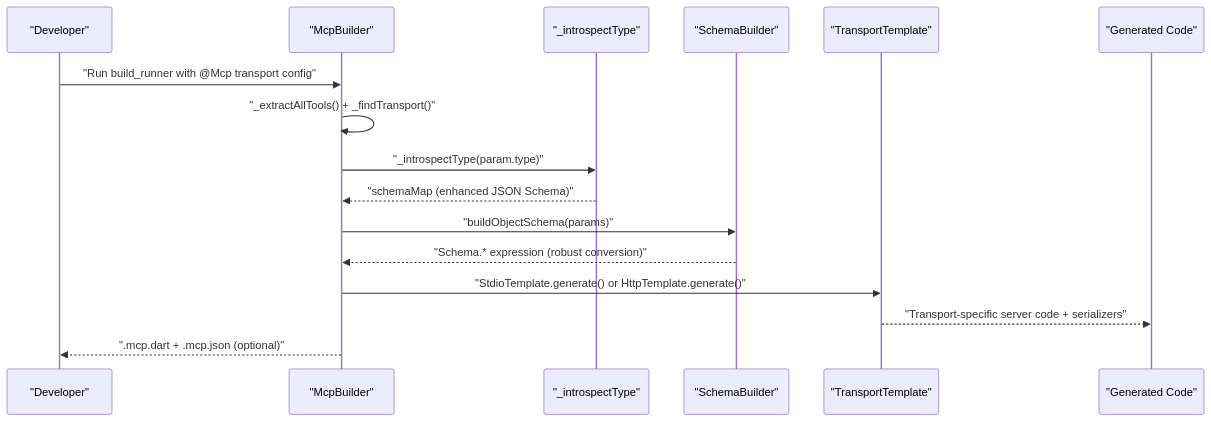
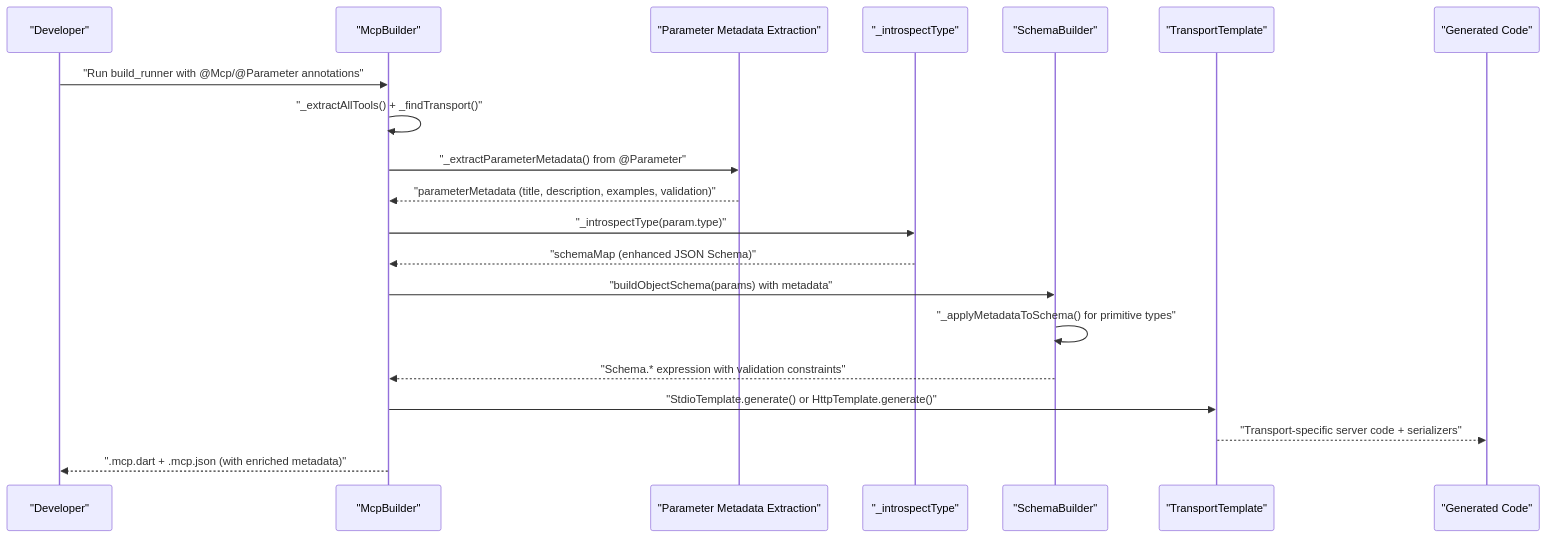
Before and after one commit to cdavis-code/easy_mcp_workspace: the second of 4 diagrams in .qoder/repowiki/en/content/Type System Integration/Type System Integration.md, drawn with Mermaid. The commit also changed other lines of this file and 13 other files, not shown here.

````diff
--- a/.qoder/repowiki/en/content/Type System Integration/Type System Integration.md
+++ b/.qoder/repowiki/en/content/Type System Integration/Type System Integration.md
@@ -127,18 +125,22 @@
 ```mermaid
 sequenceDiagram
 participant Dev as "Developer"
 participant Gen as "McpBuilder"
+participant ParamMeta as "Parameter Metadata Extraction"
 participant Introspect as "_introspectType"
 participant SB as "SchemaBuilder"
 participant TT as "TransportTemplate"
 participant Out as "Generated Code"
-Dev->>Gen : "Run build_runner with @Mcp transport config"
+Dev->>Gen : "Run build_runner with @Mcp/@Parameter annotations"
 Gen->>Gen : "_extractAllTools() + _findTransport()"
+Gen->>ParamMeta : "_extractParameterMetadata() from @Parameter"
+ParamMeta-->>Gen : "parameterMetadata (title, description, examples, validation)"
 Gen->>Introspect : "_introspectType(param.type)"
 Introspect-->>Gen : "schemaMap (enhanced JSON Schema)"
-Gen->>SB : "buildObjectSchema(params)"
-SB-->>Gen : "Schema.* expression (robust conversion)"
+Gen->>SB : "buildObjectSchema(params) with metadata"
+SB->>SB : "_applyMetadataToSchema() for primitive types"
+SB-->>Gen : "Schema.* expression with validation constraints"
 Gen->>TT : "StdioTemplate.generate() or HttpTemplate.generate()"
 TT-->>Out : "Transport-specific server code + serializers"
-Gen-->>Dev : ".mcp.dart + .mcp.json (optional)"
+Gen-->>Dev : ".mcp.dart + .mcp.json (with enriched metadata)"
 ```
````
